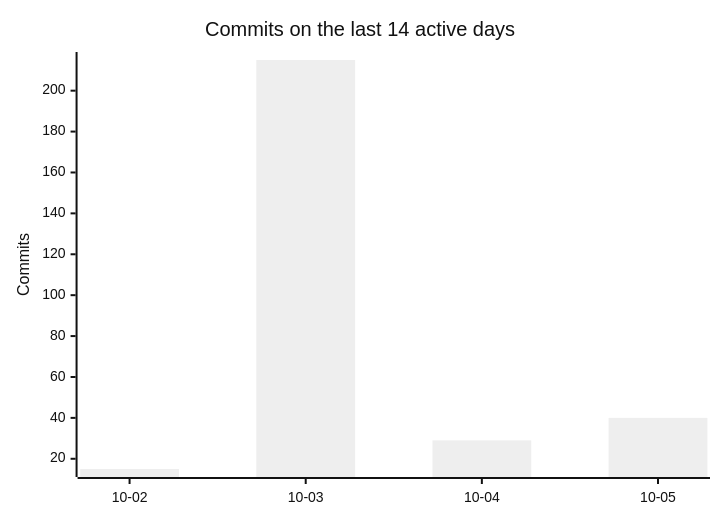
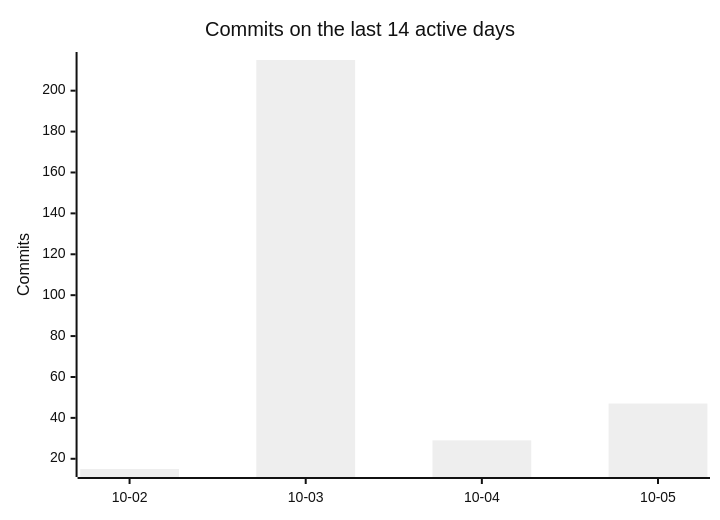
Before and after one commit to PflanzenDex/PflanzenDex: the third of 3 diagrams in README.md, drawn with Mermaid (neutral theme). The commit also changed other lines of this file, not shown here.

Commit message:
docs(dev): update repository statistics

````diff
--- a/README.md
+++ b/README.md
@@ -70,7 +70,7 @@
 ```mermaid
 xychart-beta
   title "Commits on the last 14 active days"
   x-axis ["10-02", "10-03", "10-04", "10-05"]
   y-axis "Commits"
-  bar [15, 215, 29, 40]
+  bar [15, 215, 29, 47]
 ```
````
